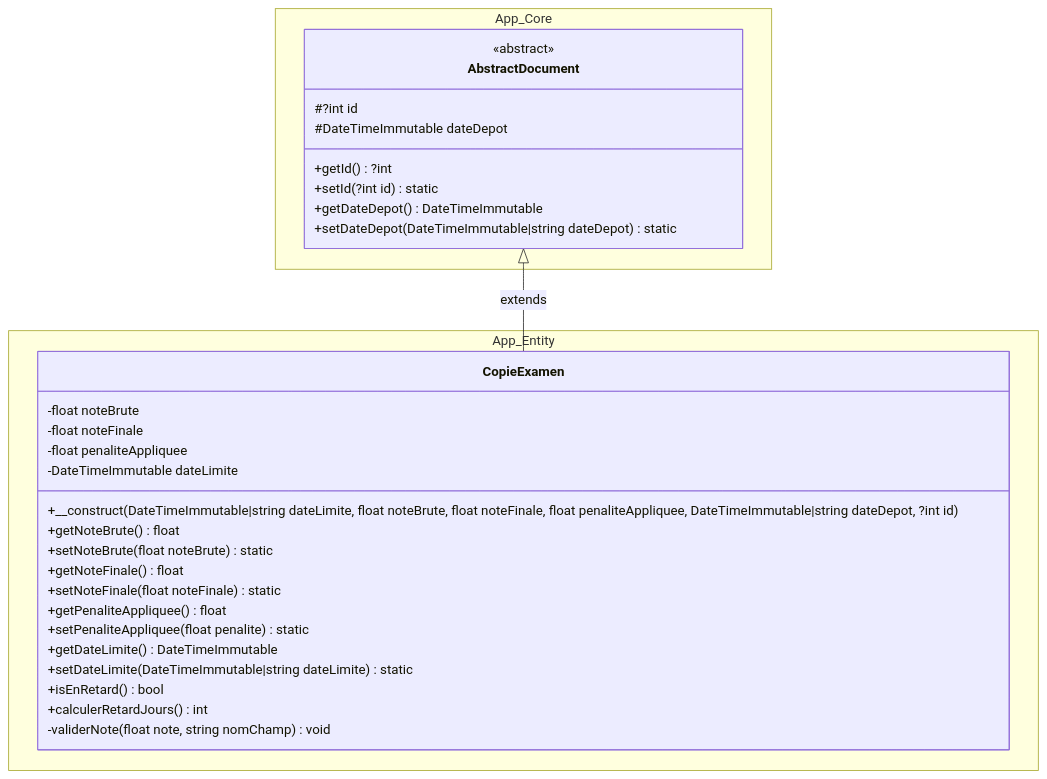
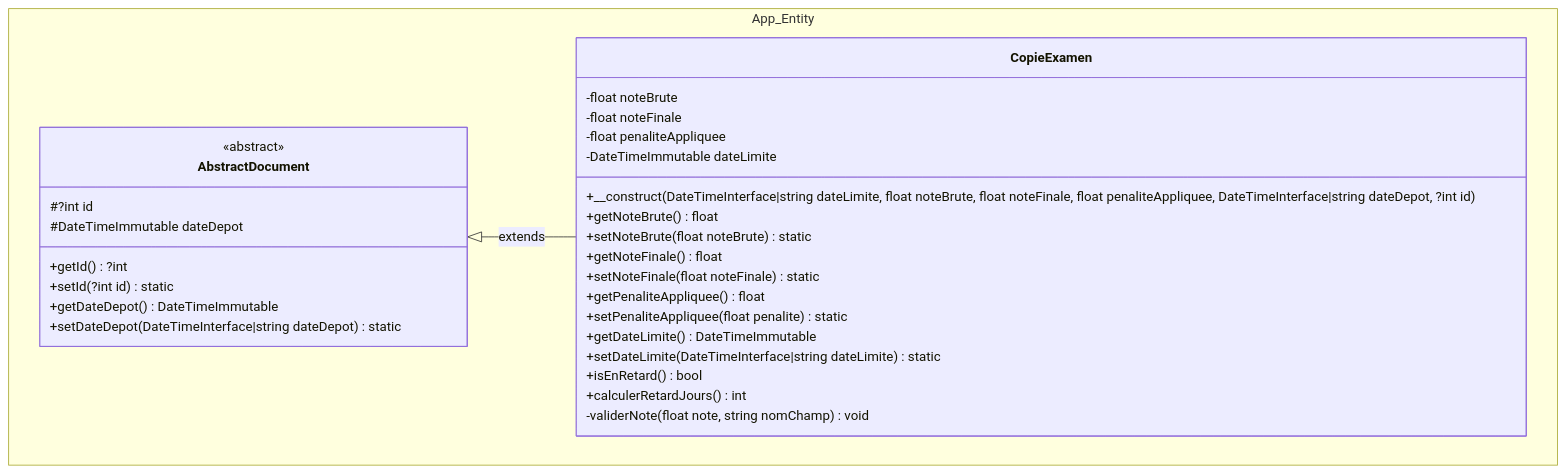
One commit to yussuf9900/Gestion-Notes-Universite-PHP-POO changed the diagram in README.md. Above: the diagram before and after it, drawn with Mermaid. The commit also changed other lines of this file and 1 other file, not shown here.

````diff
--- a/README.md
+++ b/README.md
@@ -91,37 +91,35 @@
 ```mermaid
 classDiagram
-    namespace App_Core {
+    namespace App_Entity {
         class AbstractDocument {
             <<abstract>>
             #?int id
             #DateTimeImmutable dateDepot
             +getId() ?int
             +setId(?int id) static
             +getDateDepot() DateTimeImmutable
-            +setDateDepot(DateTimeImmutable|string dateDepot) static
+            +setDateDepot(DateTimeInterface|string dateDepot) static
         }
-    }
 
-    namespace App_Entity {
         class CopieExamen {
             -float noteBrute
             -float noteFinale
             -float penaliteAppliquee
             -DateTimeImmutable dateLimite
-            +__construct(DateTimeImmutable|string dateLimite, float noteBrute, float noteFinale, float penaliteAppliquee, DateTimeImmutable|string dateDepot, ?int id)
+            +__construct(DateTimeInterface|string dateLimite, float noteBrute, float noteFinale, float penaliteAppliquee, DateTimeInterface|string dateDepot, ?int id)
             +getNoteBrute() float
             +setNoteBrute(float noteBrute) static
             +getNoteFinale() float
             +setNoteFinale(float noteFinale) static
             +getPenaliteAppliquee() float
             +setPenaliteAppliquee(float penalite) static
             +getDateLimite() DateTimeImmutable
-            +setDateLimite(DateTimeImmutable|string dateLimite) static
+            +setDateLimite(DateTimeInterface|string dateLimite) static
             +isEnRetard() bool
             +calculerRetardJours() int
             -validerNote(float note, string nomChamp) void
         }
     }
 
     AbstractDocument <|-- CopieExamen : extends
 ```
````
